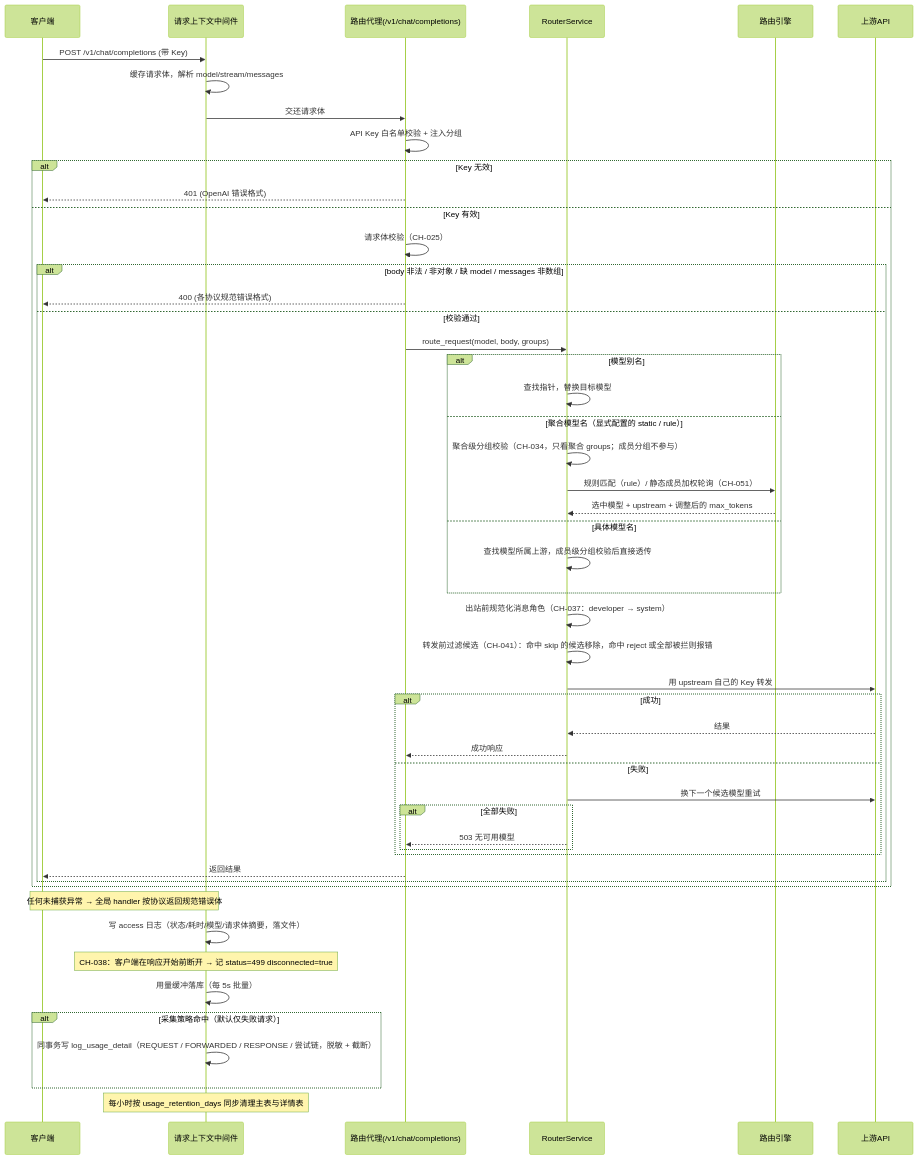
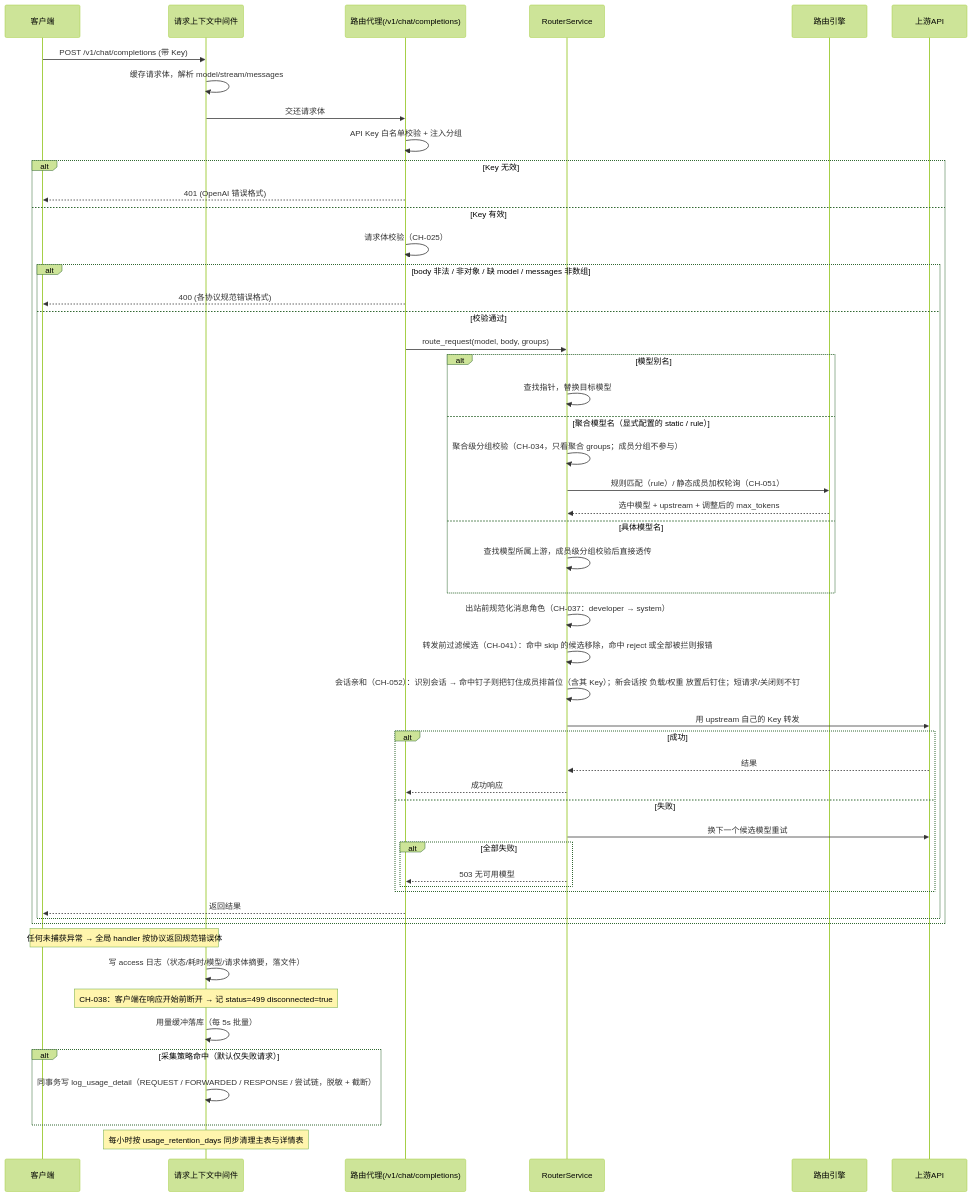
One commit to 66wjz/smart_router changed the first of 5 diagrams in docs/系统核心流程.md. Above: the diagram before and after it, drawn with Mermaid (forest theme). The commit also changed other lines of this file and 33 other files, not shown here.

Commit message:
CH-052: 会话亲和（缓存优先路由）——同会话钉住同源同 Key、失败切换不切回、短请求不钉（v5.4.0)

````diff
--- a/docs/系统核心流程.md
+++ b/docs/系统核心流程.md
@@ -28,54 +28,55 @@
 ```mermaid
 sequenceDiagram
     participant C as 客户端
     participant L as 请求上下文中间件
     participant R as 路由代理(/v1/chat/completions)
     participant S as RouterService
     participant E as 路由引擎
     participant U as 上游API
 
     C->>L: POST /v1/chat/completions (带 Key)
     L->>L: 缓存请求体，解析 model/stream/messages
     L->>R: 交还请求体
     R->>R: API Key 白名单校验 + 注入分组
     alt Key 无效
         R-->>C: 401 (OpenAI 错误格式)
     else Key 有效
         R->>R: 请求体校验（CH-025）
         alt body 非法 / 非对象 / 缺 model / messages 非数组
             R-->>C: 400 (各协议规范错误格式)
         else 校验通过
             R->>S: route_request(model, body, groups)
             alt 模型别名
                 S->>S: 查找指针，替换目标模型
             else 聚合模型名（显式配置的 static / rule）
                 S->>S: 聚合级分组校验（CH-034，只看聚合 groups；成员分组不参与）
                 S->>E: 规则匹配（rule）/ 静态成员加权轮询（CH-051）
                 E-->>S: 选中模型 + upstream + 调整后的 max_tokens
             else 具体模型名
                 S->>S: 查找模型所属上游，成员级分组校验后直接透传
             end
             S->>S: 出站前规范化消息角色（CH-037：developer → system）
             S->>S: 转发前过滤候选（CH-041）：命中 skip 的候选移除，命中 reject 或全部被拦则报错
+            S->>S: 会话亲和（CH-052）：识别会话 → 命中钉子则把钉住成员排首位（含其 Key）；新会话按 负载/权重 放置后钉住；短请求/关闭则不钉
             S->>U: 用 upstream 自己的 Key 转发
             alt 成功
                 U-->>S: 结果
                 S-->>R: 成功响应
             else 失败
                 S->>U: 换下一个候选模型重试
                 alt 全部失败
                     S-->>R: 503 无可用模型
                 end
             end
             R-->>C: 返回结果
         end
     end
     Note over L,C: 任何未捕获异常 → 全局 handler 按协议返回规范错误体
     L->>L: 写 access 日志（状态/耗时/模型/请求体摘要，落文件）
     Note over L: CH-038：客户端在响应开始前断开 → 记 status=499 disconnected=true
     L->>L: 用量缓冲落库（每 5s 批量）
     alt 采集策略命中（默认仅失败请求）
         L->>L: 同事务写 log_usage_detail（REQUEST / FORWARDED / RESPONSE / 尝试链，脱敏 + 截断）
     end
     Note over L: 每小时按 usage_retention_days 同步清理主表与详情表
 ```
````
